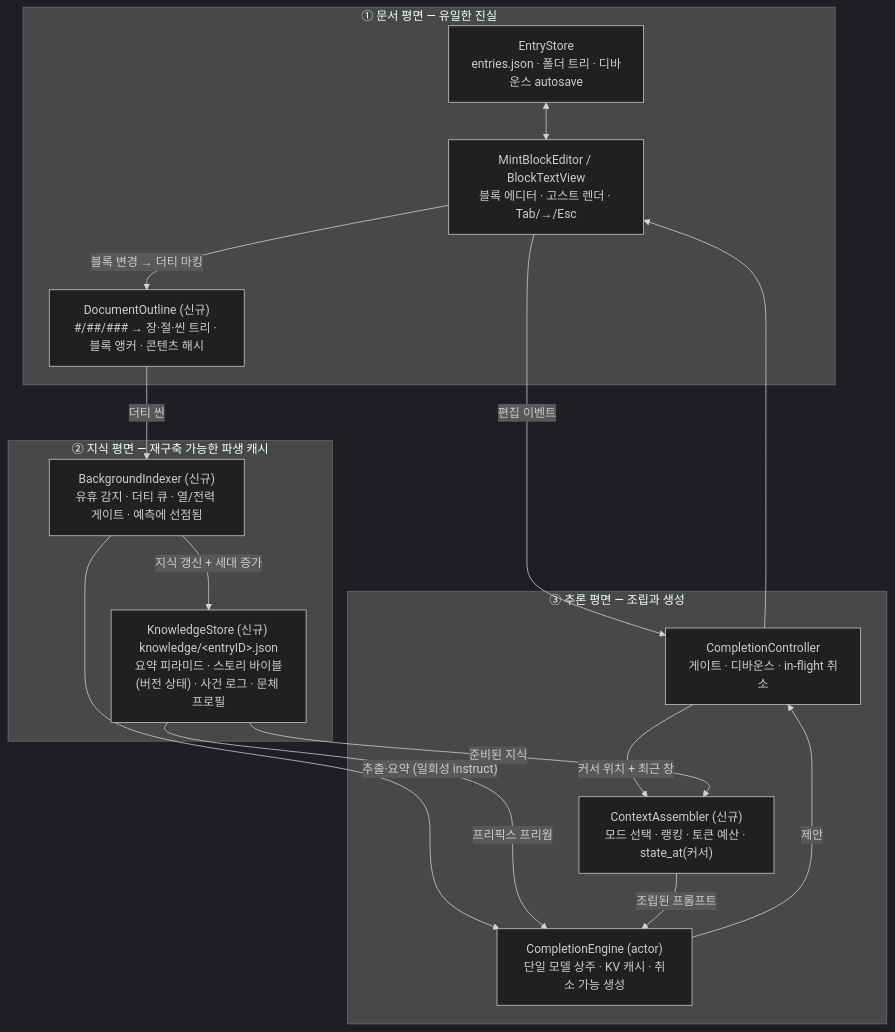
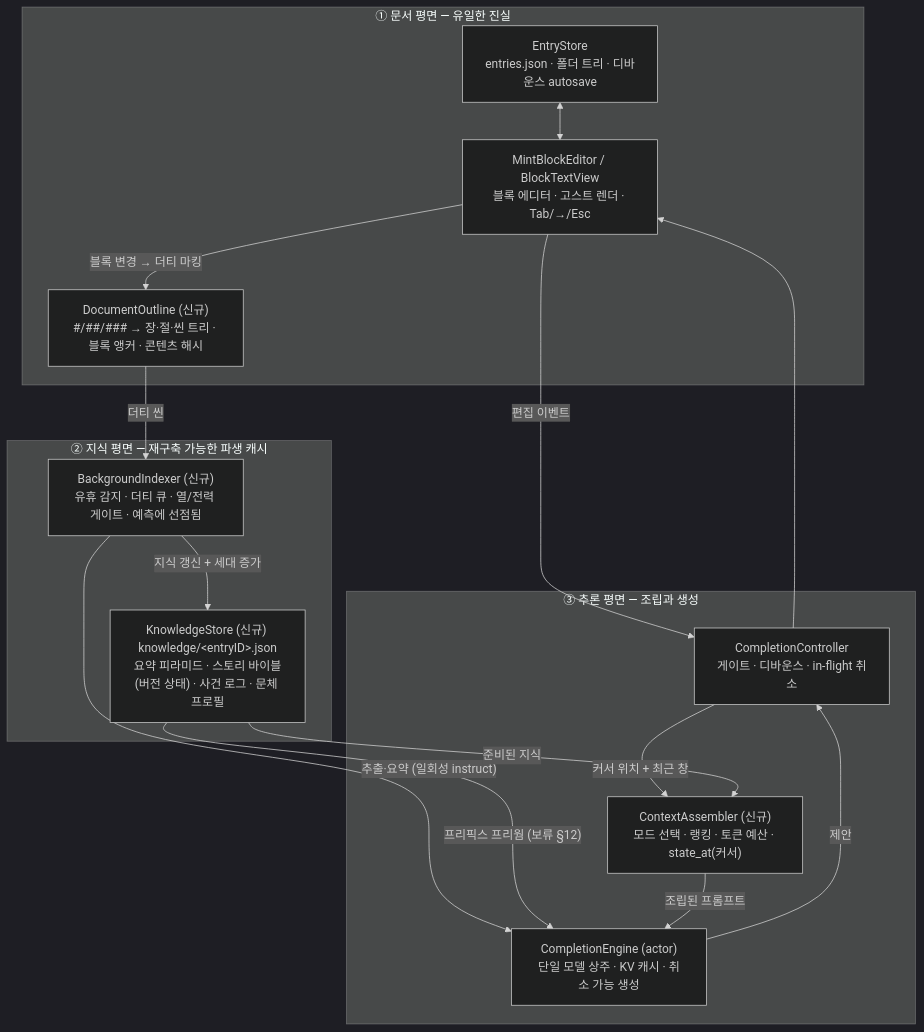
Before and after one commit to sorbetsharkroundhand/MINT: the diagram in PLAN.md, drawn with Mermaid (dark theme). The commit also changed other lines of this file and 8 other files, not shown here.

````diff
--- a/PLAN.md
+++ b/PLAN.md
@@ -64,29 +64,29 @@
 ```mermaid
 flowchart TD
     subgraph DOC["① 문서 평면 — 유일한 진실"]
         BE["MintBlockEditor / BlockTextView<br/>블록 에디터 · 고스트 렌더 · Tab/→/Esc"]
         ES["EntryStore<br/>entries.json · 폴더 트리 · 디바운스 autosave"]
         OL["DocumentOutline (신규)<br/>#/##/### → 장·절·씬 트리 · 블록 앵커 · 콘텐츠 해시"]
     end
     subgraph KNOW["② 지식 평면 — 재구축 가능한 파생 캐시"]
         BI["BackgroundIndexer (신규)<br/>유휴 감지 · 더티 큐 · 열/전력 게이트 · 예측에 선점됨"]
         KS["KnowledgeStore (신규) knowledge/&lt;entryID&gt;.json<br/>요약 피라미드 · 스토리 바이블(버전 상태) · 사건 로그 · 문체 프로필"]
     end
     subgraph INF["③ 추론 평면 — 조립과 생성"]
         CC["CompletionController<br/>게이트 · 디바운스 · in-flight 취소"]
         CA["ContextAssembler (신규)<br/>모드 선택 · 랭킹 · 토큰 예산 · state_at(커서)"]
         CE["CompletionEngine (actor)<br/>단일 모델 상주 · KV 캐시 · 취소 가능 생성"]
     end
 
     BE -->|"편집 이벤트"| CC
     BE -->|"블록 변경 → 더티 마킹"| OL
     OL -->|"더티 씬"| BI
     BI -->|"추출·요약 (일회성 instruct)"| CE
     BI -->|"지식 갱신 + 세대 증가"| KS
-    KS -->|"프리픽스 프리웜"| CE
+    KS -->|"프리픽스 프리웜 (보류 §12)"| CE
     CC -->|"커서 위치 + 최근 창"| CA
     KS -->|"준비된 지식"| CA
     CA -->|"조립된 프롬프트"| CE
     CE -->|"제안"| CC --> BE
     ES <--> BE
 ```
````
